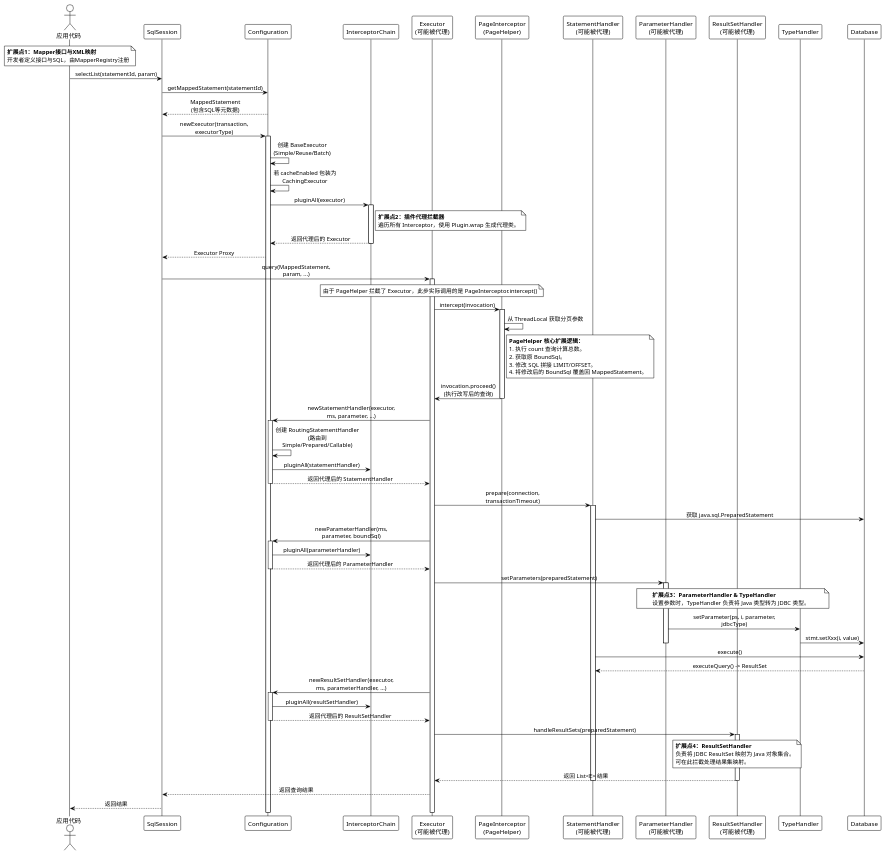
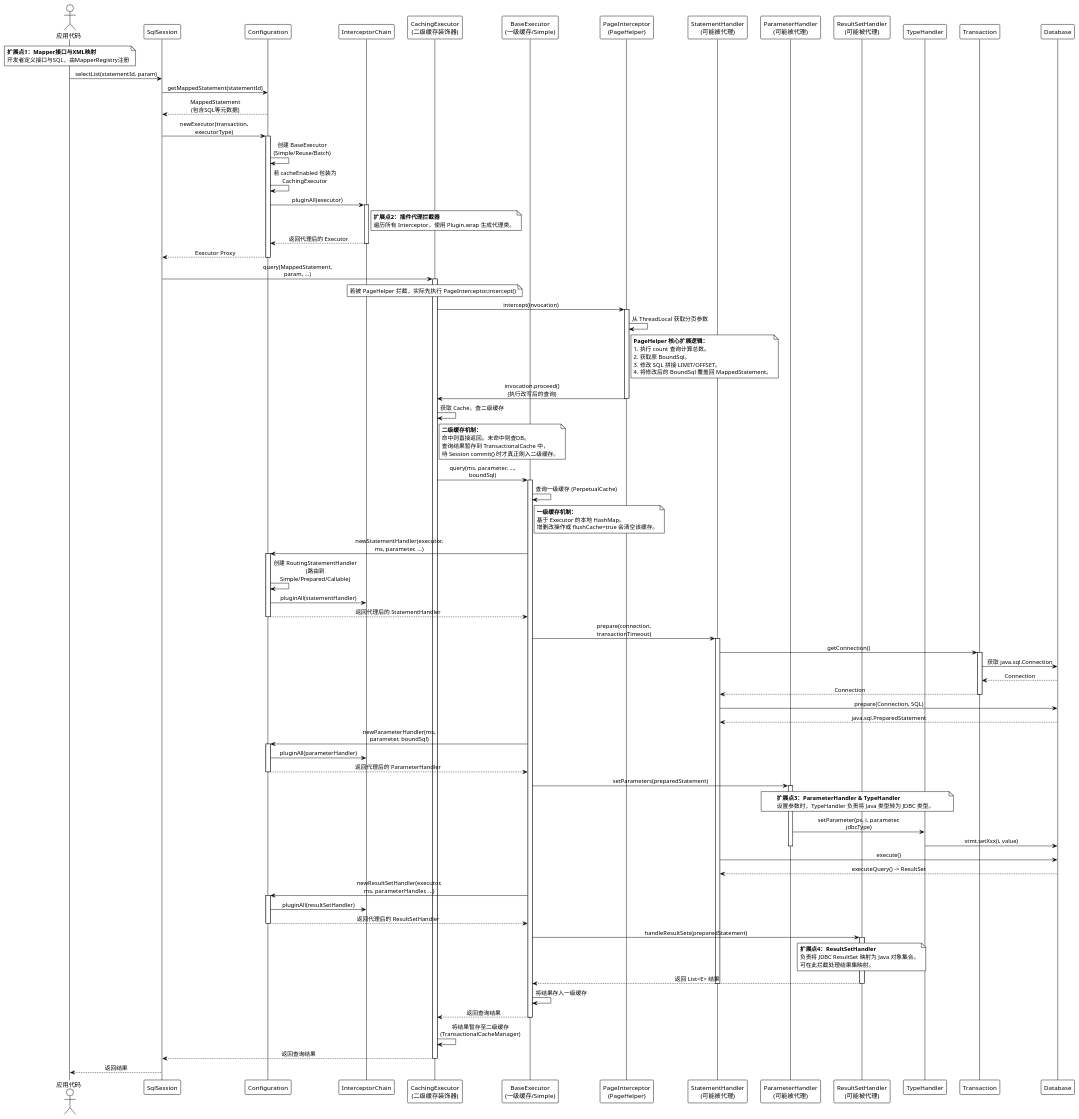
Before and after one commit to yangliu01076/learn: the diagram in mybatis/mybatis的sql执行流程.puml, drawn with PlantUML.

Commit message:
好好学习，天天向上

```diff
--- a/mybatis/mybatis的sql执行流程.puml
+++ b/mybatis/mybatis的sql执行流程.puml
@@ -1,113 +1,149 @@
 @startuml
 !theme plain
 skinparam maxMessageSize 200
 skinparam sequenceMessageAlign center
 skinparam responseMessageBelowArrow true
 
 actor "应用代码" as App
 participant "SqlSession" as SqlSession
 participant "Configuration" as Config
 participant "InterceptorChain" as Chain
-participant "Executor\n(可能被代理)" as Executor
+participant "CachingExecutor\n(二级缓存装饰器)" as CachingExec
+participant "BaseExecutor\n(一级缓存/Simple)" as BaseExec
 participant "PageInterceptor\n(PageHelper)" as PageHelper
 participant "StatementHandler\n(可能被代理)" as StmtHandler
 participant "ParameterHandler\n(可能被代理)" as ParamHandler
 participant "ResultSetHandler\n(可能被代理)" as RsHandler
 participant "TypeHandler" as TypeHandler
+participant "Transaction" as Tx
 participant "Database" as DB
 
 note over App
   <b>扩展点1：Mapper接口与XML映射</b>
   开发者定义接口与SQL，由MapperRegistry注册
 end note
 
 App -> SqlSession: selectList(statementId, param)
 SqlSession -> Config: getMappedStatement(statementId)
 Config --> SqlSession: MappedStatement (包含SQL等元数据)
 
 SqlSession -> Config: newExecutor(transaction, executorType)
 activate Config
 Config -> Config: 创建 BaseExecutor (Simple/Reuse/Batch)
 Config -> Config: 若 cacheEnabled 包装为 CachingExecutor
 Config -> Chain: pluginAll(executor)
 activate Chain
 note right of Chain
   <b>扩展点2：插件代理拦截器</b>
   遍历所有 Interceptor，使用 Plugin.wrap 生成代理类。
 end note
 Chain --> Config: 返回代理后的 Executor
 deactivate Chain
 Config --> SqlSession: Executor Proxy
+deactivate Config
 
-SqlSession -> Executor: query(MappedStatement, param, ...)
-activate Executor
+SqlSession -> CachingExec: query(MappedStatement, param, ...)
+activate CachingExec
 
-note over Executor
-  由于 PageHelper 拦截了 Executor，此步实际调用的是 PageInterceptor.intercept()
+note over CachingExec
+  若被 PageHelper 拦截，实际先执行 PageInterceptor.intercept()
 end note
 
-Executor -> PageHelper: intercept(invocation)
+CachingExec -> PageHelper: intercept(invocation)
 activate PageHelper
 PageHelper -> PageHelper: 从 ThreadLocal 获取分页参数
 note right of PageHelper
   <b>PageHelper 核心扩展逻辑：</b>
   1. 执行 count 查询计算总数。
   2. 获取原 BoundSql。
   3. 修改 SQL 拼接 LIMIT/OFFSET。
   4. 将修改后的 BoundSql 覆盖回 MappedStatement。
 end note
-
-PageHelper -> Executor: invocation.proceed() (执行改写后的查询)
+PageHelper -> CachingExec: invocation.proceed() (执行改写后的查询)
 deactivate PageHelper
 
-Executor -> Config: newStatementHandler(executor, ms, parameter, ...)
+CachingExec -> CachingExec: 获取 Cache，查二级缓存
+note right of CachingExec
+  <b>二级缓存机制：</b>
+  命中则直接返回。未命中则查DB。
+  查询结果暂存到 TransactionalCache 中，
+  待 Session commit() 时才真正刷入二级缓存。
+end note
+
+CachingExec -> BaseExec: query(ms, parameter, ..., boundSql)
+activate BaseExec
+
+BaseExec -> BaseExec: 查询一级缓存 (PerpetualCache)
+note right of BaseExec
+  <b>一级缓存机制：</b>
+  基于 Executor 的本地 HashMap。
+  增删改操作或 flushCache=true 会清空该缓存。
+end note
+
+BaseExec -> Config: newStatementHandler(executor, ms, parameter, ...)
 activate Config
 Config -> Config: 创建 RoutingStatementHandler (路由到 Simple/Prepared/Callable)
 Config -> Chain: pluginAll(statementHandler)
-Config --> Executor: 返回代理后的 StatementHandler
+Config --> BaseExec: 返回代理后的 StatementHandler
 deactivate Config
 
-Executor -> StmtHandler: prepare(connection, transactionTimeout)
+BaseExec -> StmtHandler: prepare(connection, transactionTimeout)
 activate StmtHandler
-StmtHandler -> DB: 获取 java.sql.PreparedStatement
 
-Executor -> Config: newParameterHandler(ms, parameter, boundSql)
+StmtHandler -> Tx: getConnection()
+activate Tx
+Tx -> DB: 获取 java.sql.Connection
+DB --> Tx: Connection
+Tx --> StmtHandler: Connection
+deactivate Tx
+
+StmtHandler -> DB: prepare(Connection, SQL)
+DB --> StmtHandler: java.sql.PreparedStatement
+
+BaseExec -> Config: newParameterHandler(ms, parameter, boundSql)
 activate Config
 Config -> Chain: pluginAll(parameterHandler)
-Config --> Executor: 返回代理后的 ParameterHandler
+Config --> BaseExec: 返回代理后的 ParameterHandler
 deactivate Config
 
-Executor -> ParamHandler: setParameters(preparedStatement)
+BaseExec -> ParamHandler: setParameters(preparedStatement)
 activate ParamHandler
 note over ParamHandler, TypeHandler
   <b>扩展点3：ParameterHandler & TypeHandler</b>
   设置参数时，TypeHandler 负责将 Java 类型转为 JDBC 类型。
 end note
 ParamHandler -> TypeHandler: setParameter(ps, i, parameter, jdbcType)
 TypeHandler -> DB: stmt.setXxx(i, value)
 deactivate ParamHandler
 
 StmtHandler -> DB: execute()
 DB --> StmtHandler: executeQuery() -> ResultSet
 
-Executor -> Config: newResultSetHandler(executor, ms, parameterHandler, ...)
+BaseExec -> Config: newResultSetHandler(executor, ms, parameterHandler, ...)
 activate Config
 Config -> Chain: pluginAll(resultSetHandler)
-Config --> Executor: 返回代理后的 ResultSetHandler
+Config --> BaseExec: 返回代理后的 ResultSetHandler
 deactivate Config
 
-Executor -> RsHandler: handleResultSets(preparedStatement)
+BaseExec -> RsHandler: handleResultSets(preparedStatement)
 activate RsHandler
 note over RsHandler
   <b>扩展点4：ResultSetHandler</b>
   负责将 JDBC ResultSet 映射为 Java 对象集合。
   可在此拦截处理结果集映射。
 end note
-RsHandler --> Executor: 返回 List<E> 结果
+RsHandler --> BaseExec: 返回 List<E> 结果
 deactivate RsHandler
 deactivate StmtHandler
 
-Executor --> SqlSession: 返回查询结果
+BaseExec -> BaseExec: 将结果存入一级缓存
+BaseExec --> CachingExec: 返回查询结果
+deactivate BaseExec
+
+CachingExec -> CachingExec: 将结果暂存至二级缓存 (TransactionalCacheManager)
+CachingExec --> SqlSession: 返回查询结果
+deactivate CachingExec
+
 SqlSession --> App: 返回结果
 
 @enduml
```
